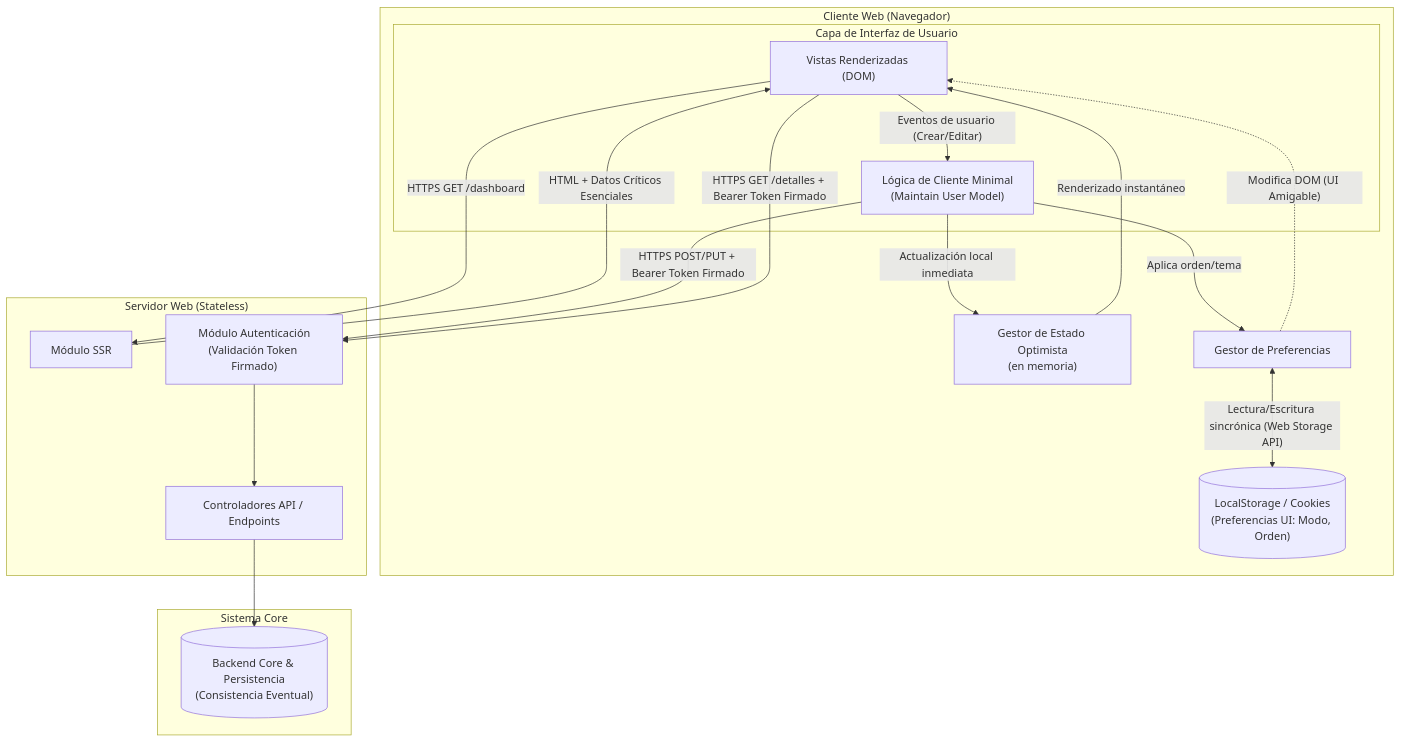
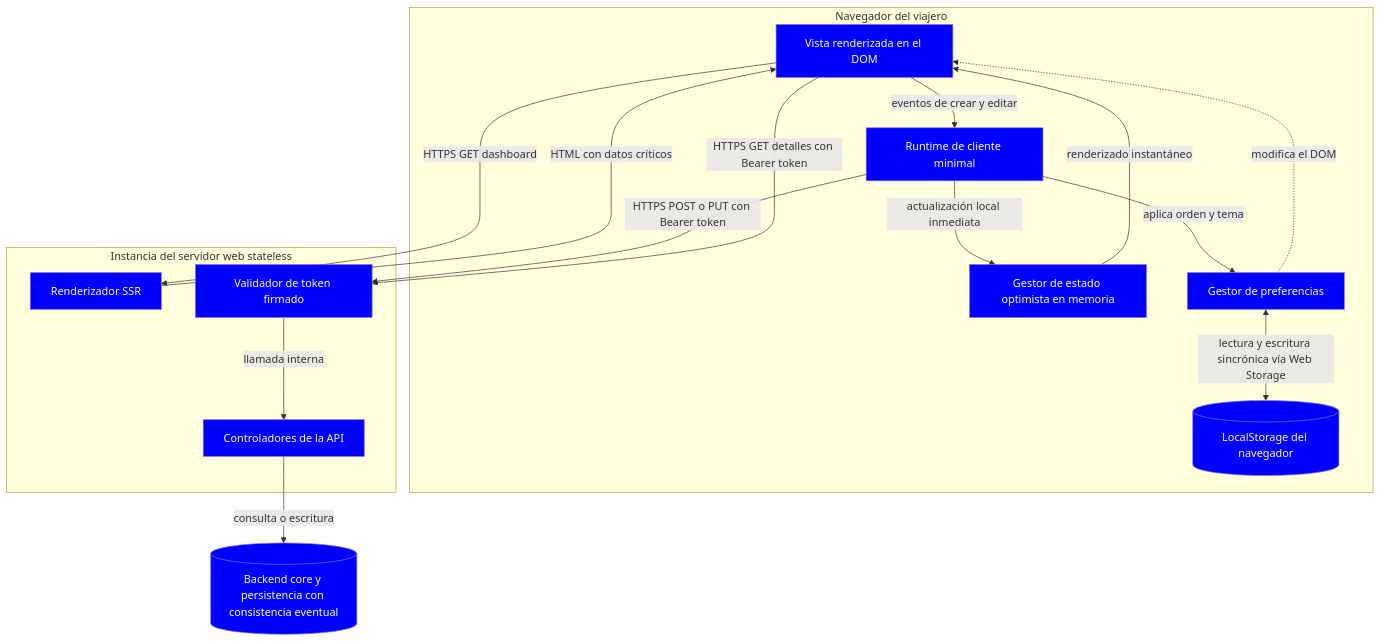
Before and after one commit to nicolas-wai/trotamundos: the second of 3 diagrams in docs/02-add/iteracion-5.md, drawn with Mermaid. The commit also changed other lines of this file and 15 other files, not shown here.

````diff
--- a/docs/02-add/iteracion-5.md
+++ b/docs/02-add/iteracion-5.md
@@ -76,49 +78,38 @@
 ```mermaid
 flowchart TD
-    subgraph Client ["Cliente Web (Navegador)"]
-        subgraph UI_Layer ["Capa de Interfaz de Usuario"]
-            View["Vistas Renderizadas (DOM)"]
-            ClientRuntime["Lógica de Cliente Minimal<br/>(Maintain User Model)"]
-        end
-
-        OptState["Gestor de Estado Optimista<br/>(en memoria)"]
-        PrefMgr["Gestor de Preferencias"]
-        LocalStorage[("LocalStorage / Cookies<br/>(Preferencias UI: Modo, Orden)")]
-
+    subgraph Client ["Navegador del viajero"]
+        View["Vista renderizada en el DOM"]
+        ClientRuntime["Runtime de cliente minimal"]
+        OptState["Gestor de estado optimista en memoria"]
+        PrefMgr["Gestor de preferencias"]
+        LocalStorage@{ shape: cyl, label: "LocalStorage del navegador" }
     end
 
-    subgraph WebServer ["Servidor Web (Stateless)"]
-        SSREngine["Módulo SSR"]
-        AuthMiddleware["Módulo Autenticación<br/>(Validación Token Firmado)"]
-        APIEndpoints["Controladores API / Endpoints"]
+    subgraph WebServer ["Instancia del servidor web stateless"]
+        SSREngine["Renderizador SSR"]
+        AuthMiddleware["Validador de token firmado"]
+        APIEndpoints["Controladores de la API"]
     end
 
-    subgraph CoreSystem ["Sistema Core"]
-        CoreBackend[("Backend Core & Persistencia<br/>(Consistencia Eventual)")]
-    end
+    CoreBackend@{ shape: cyl, label: "Backend core y persistencia con consistencia eventual" }
 
-    %% --- CONECTORES Y FLUJOS DE DATOS ---
+    View -->|"HTTPS GET dashboard"| SSREngine
+    SSREngine -->|"HTML con datos críticos"| View
 
-    %% Renderizado Inicial (SSR)
-    View -->|"HTTPS GET /dashboard"| SSREngine
-    SSREngine -->|"HTML + Datos Críticos Esenciales"| View
+    ClientRuntime -->|"aplica orden y tema"| PrefMgr
+    PrefMgr <-->|"lectura y escritura sincrónica vía Web Storage"| LocalStorage
+    PrefMgr -.->|"modifica el DOM"| View
 
-    %% Manejo de Preferencias Locales
-    ClientRuntime -->|"Aplica orden/tema"| PrefMgr
-    PrefMgr <-->|"Lectura/Escritura sincrónica (Web Storage API)"| LocalStorage
-    PrefMgr -.->|"Modifica DOM (UI Amigable)"| View
+    View -->|"eventos de crear y editar"| ClientRuntime
+    ClientRuntime -->|"actualización local inmediata"| OptState
+    OptState -->|"renderizado instantáneo"| View
 
-    %% Actualizaciones Optimistas (Creación/Edición Manual)
-    View -->|"Eventos de usuario (Crear/Editar)"| ClientRuntime
-    ClientRuntime -->|"Actualización local inmediata"| OptState
-    OptState -->|"Renderizado instantáneo"| View
+    ClientRuntime -->|"HTTPS POST o PUT con Bearer token"| AuthMiddleware
+    View -->|"HTTPS GET detalles con Bearer token"| AuthMiddleware
 
-    ClientRuntime -->|"HTTPS POST/PUT + Bearer Token Firmado"| AuthMiddleware
+    AuthMiddleware -->|"llamada interna"| APIEndpoints
+    APIEndpoints -->|"consulta o escritura"| CoreBackend
 
-    %% Obtención de Datos Detallados (Recarga Parcial)
-    View -->|"HTTPS GET /detalles + Bearer Token Firmado"| AuthMiddleware
-
-    %% Procesamiento Server
-    AuthMiddleware --> APIEndpoints
-    APIEndpoints --> CoreBackend
+    classDef core fill:#0000ff,color:#ffffff
+    class View,ClientRuntime,OptState,PrefMgr,LocalStorage,SSREngine,AuthMiddleware,APIEndpoints,CoreBackend core
 ```
````
